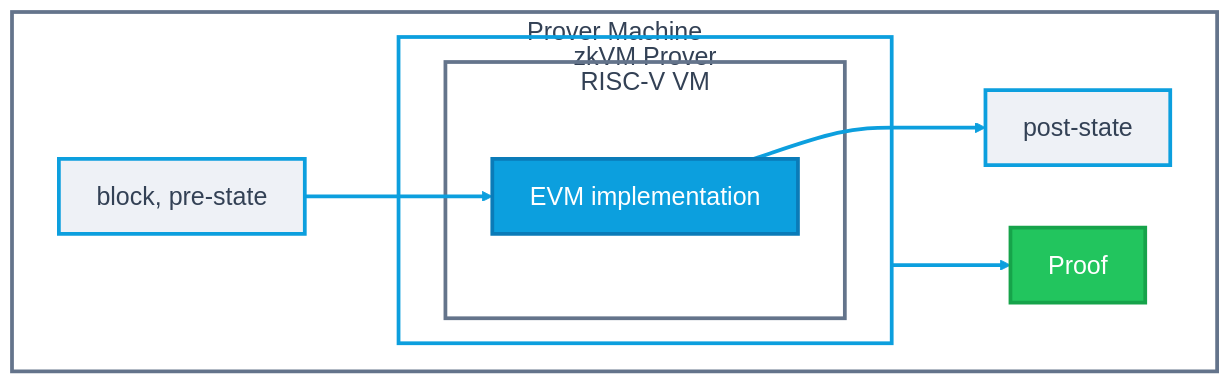
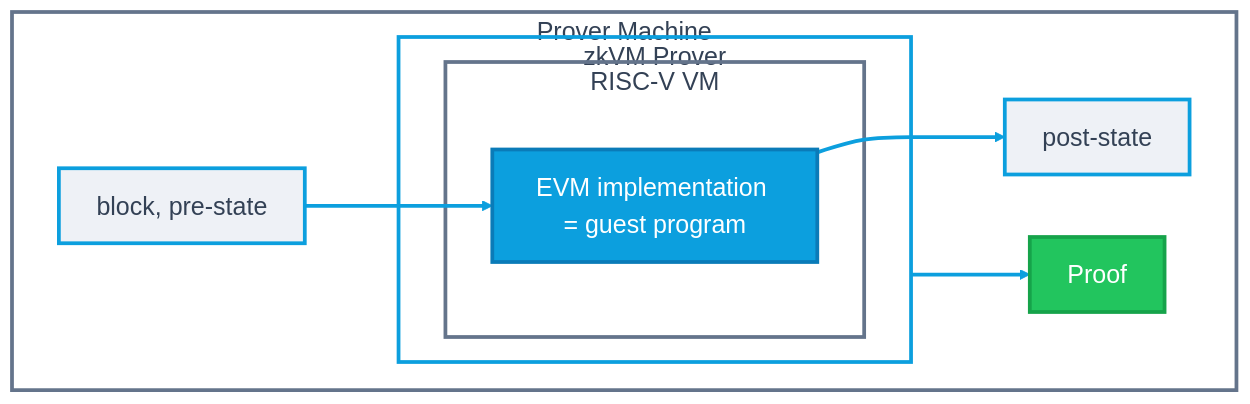
The diagram in 2026-11-05-devcon/diagrams/zkvm-prover-riscv.mmd (codygunton/talks-and-writing), drawn with Mermaid before and after one commit. The commit also changed 5 other files, not shown here.

```diff
--- a/2026-11-05-devcon/diagrams/zkvm-prover-riscv.mmd
+++ b/2026-11-05-devcon/diagrams/zkvm-prover-riscv.mmd
@@ -1,24 +1,24 @@
 %%{init: {"theme": "default", "themeCSS": "g.cluster[id$=\"-Prover\"] rect { y: 42px; height: 231px; } g.cluster[id$=\"-Prover\"] .cluster-label :first-child { y: 14px; } g.cluster[id$=\"-VM\"] rect { y: 76px; height: 177px; } g.cluster[id$=\"-VM\"] .cluster-label :first-child { y: 28px; }", "themeVariables": {"primaryColor": "#eef1f6", "primaryTextColor": "#334155", "lineColor": "#0c9fde", "secondaryColor": "#f5f7fa", "fontSize": "20px"}}}%%
 %% themeCSS nudges the nested "zkVM Prover" and "RISC-V VM" boxes down so the three titles don't overlap.
 %% The pixel values match the layout at fontSize 20px; re-check them if fonts or labels change.
 flowchart LR
     classDef io fill:#eef1f6,stroke:#0c9fde,color:#334155,stroke-width:3px
     classDef proc fill:#0c9fde,stroke:#0a7bb8,color:#ffffff,stroke-width:3px
     classDef proof fill:#22c55e,stroke:#16a34a,color:#ffffff,stroke-width:3px
 
     subgraph Physical["Prover Machine"]
     direction LR
-        In["block, pre-state"]:::io --> Program["EVM implementation"]:::proc
+        In["block, pre-state"]:::io --> Program["EVM implementation = guest program"]:::proc
         subgraph Prover["zkVM Prover"]
             subgraph VM["RISC-V VM"]
                 Program
             end
         end
         Program --> Out["post-state"]:::io
         Prover --> Proof:::proof
     end
 
     style Physical fill:none,stroke:#64748b,color:#334155,stroke-width:3px
     style Prover fill:none,stroke:#0c9fde,color:#334155,stroke-width:3px
     style VM fill:none,stroke:#64748b,color:#334155,stroke-width:3px
     linkStyle default stroke-width:3px
```
